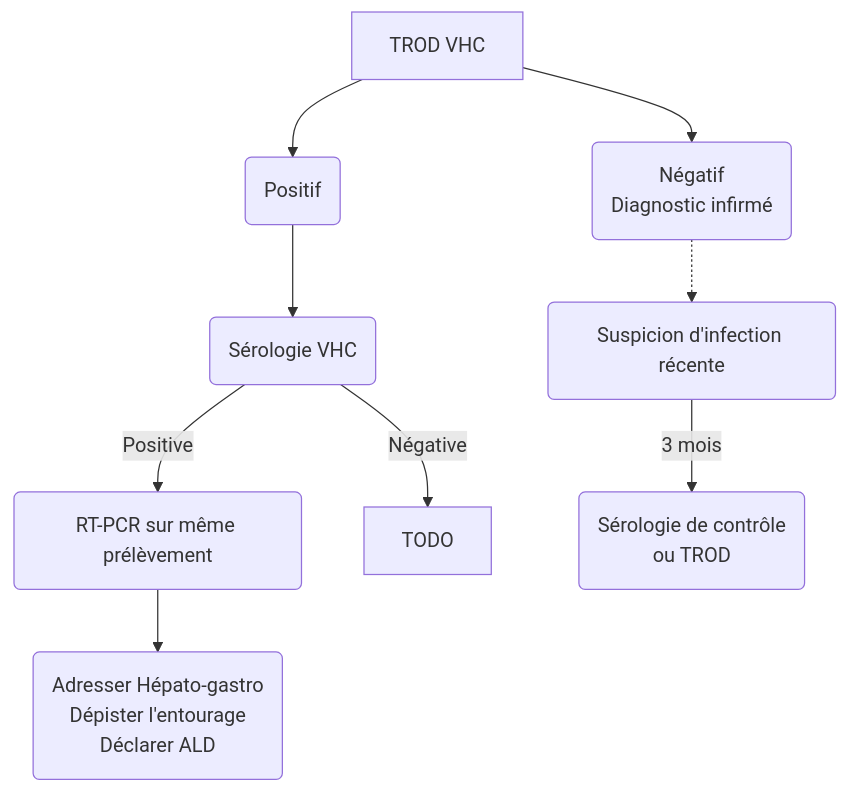
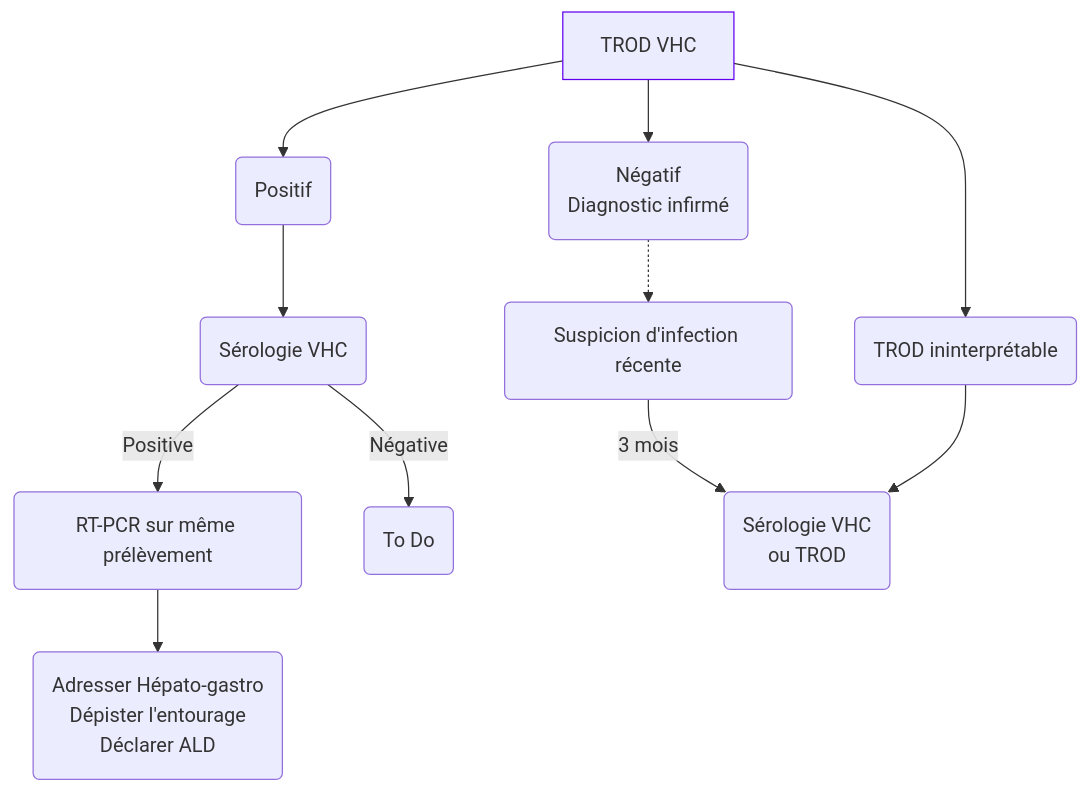
Before and after one commit to djibe/recommandations-medicales: the second of 2 diagrams in content/recommandations/hepatite-c.md, drawn with Mermaid. The commit also changed other lines of this file and 2 other files, not shown here.

```diff
--- a/content/recommandations/hepatite-c.md
+++ b/content/recommandations/hepatite-c.md
@@ -85,11 +162,14 @@
 {{< mermaid >}}
 graph TB
   trod[TROD VHC] --> trod+(Positif)
+  style trod stroke:#6200ee, stroke-width:1px
   trod+ --> serologie(Sérologie VHC)
     serologie -- Positive --> pcr(RT-PCR sur même prélèvement)
     pcr --> mg(Adresser Hépato-gastro<br>Dépister l'entourage<br>Déclarer ALD)
-    serologie -- Négative --> TODO
-  trod[TROD VHC] --> trod-(Négatif<br>Diagnostic infirmé)
-  trod- -.-> infRecente(Suspicion d'infection récente)
-  infRecente -- 3 mois --> 3mois(Sérologie de contrôle<br>ou TROD)
+    serologie -- Négative --> TODO(To Do)
+  trod --> trod-(Négatif<br>Diagnostic infirmé)
+    trod- -.-> infRecente(Suspicion d'infection récente)
+    infRecente -- 3 mois --> 3mois(Sérologie VHC<br>ou TROD)
+  trod --> trodIncertain(TROD ininterprétable)
+    trodIncertain --> 3mois
 {{< /mermaid >}}
```
